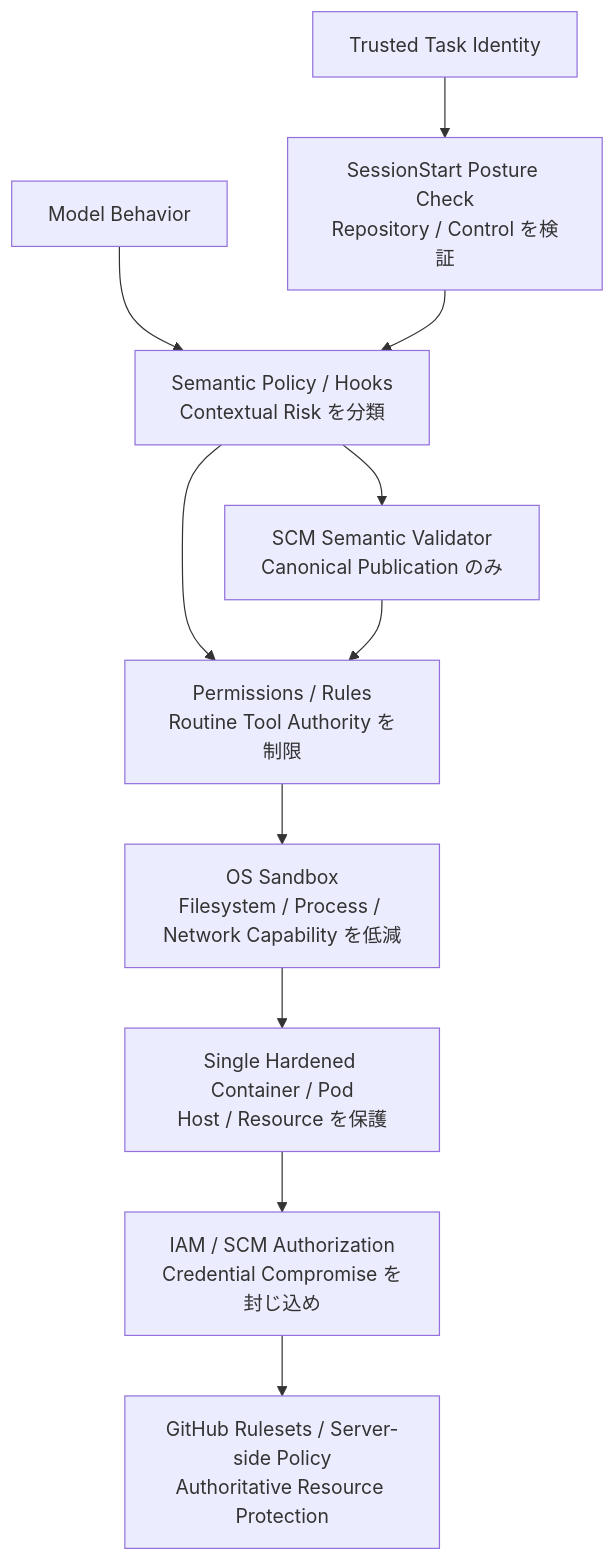
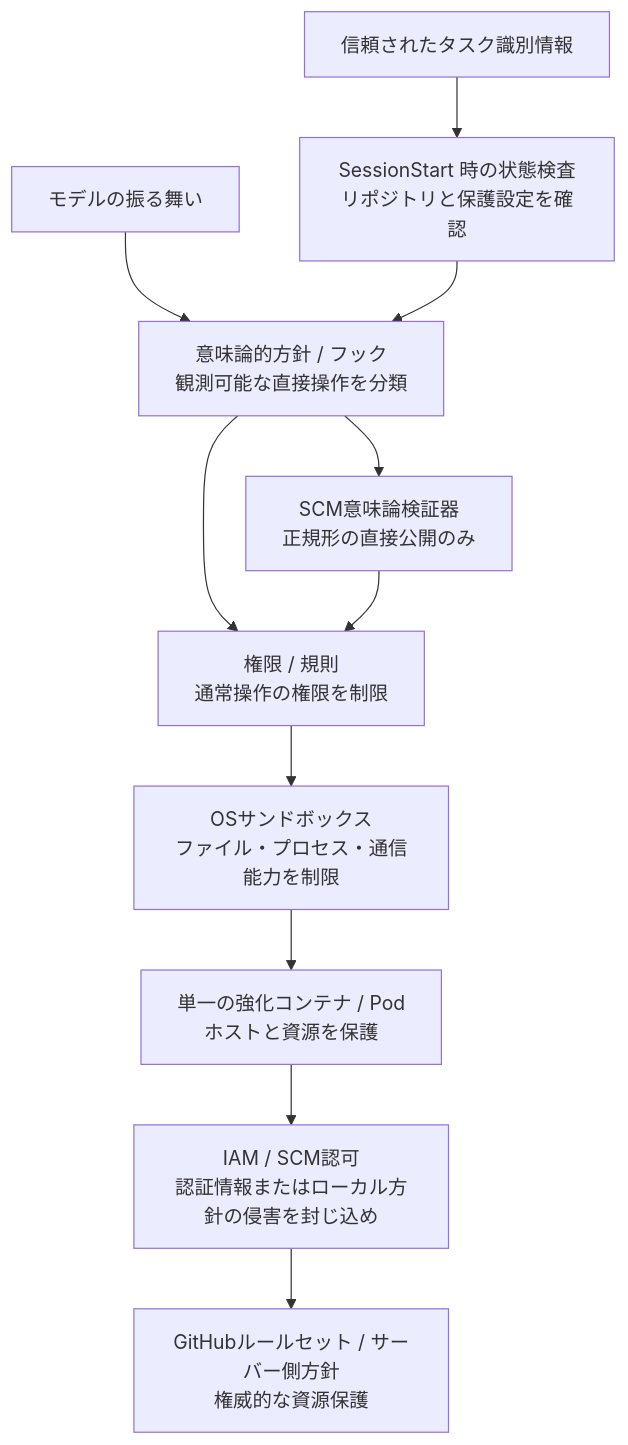
The diagram in docs/ja/03-security-model.md (tomo-chan/agent-harness), drawn with Mermaid before and after one commit. The commit also changed other lines of this file, not shown here.

````diff
--- a/docs/ja/03-security-model.md
+++ b/docs/ja/03-security-model.md
@@ -13,13 +15,13 @@
 ```mermaid
 flowchart TD
-    T[Trusted Task Identity] --> SS[SessionStart Posture Check<br/>Repository / Control を検証]
-    M[Model Behavior] --> H[Semantic Policy / Hooks<br/>Contextual Risk を分類]
+    T[信頼されたタスク識別情報] --> SS[SessionStart 時の状態検査<br/>リポジトリと保護設定を確認]
+    M[モデルの振る舞い] --> H[意味論的方針 / フック<br/>観測可能な直接操作を分類]
     SS --> H
-    H --> SV[SCM Semantic Validator<br/>Canonical Publication のみ]
-    H --> P[Permissions / Rules<br/>Routine Tool Authority を制限]
+    H --> SV[SCM意味論検証器<br/>正規形の直接公開のみ]
+    H --> P[権限 / 規則<br/>通常操作の権限を制限]
     SV --> P
-    P --> S[OS Sandbox<br/>Filesystem / Process / Network Capability を低減]
-    S --> C[Single Hardened Container / Pod<br/>Host / Resource を保護]
-    C --> I[IAM / SCM Authorization<br/>Credential Compromise を封じ込め]
-    I --> R[GitHub Rulesets / Server-side Policy<br/>Authoritative Resource Protection]
+    P --> S[OSサンドボックス<br/>ファイル・プロセス・通信能力を制限]
+    S --> C[単一の強化コンテナ / Pod<br/>ホストと資源を保護]
+    C --> I[IAM / SCM認可<br/>認証情報またはローカル方針の侵害を封じ込め]
+    I --> R[GitHubルールセット / サーバー側方針<br/>権威的な資源保護]
 ```
````
